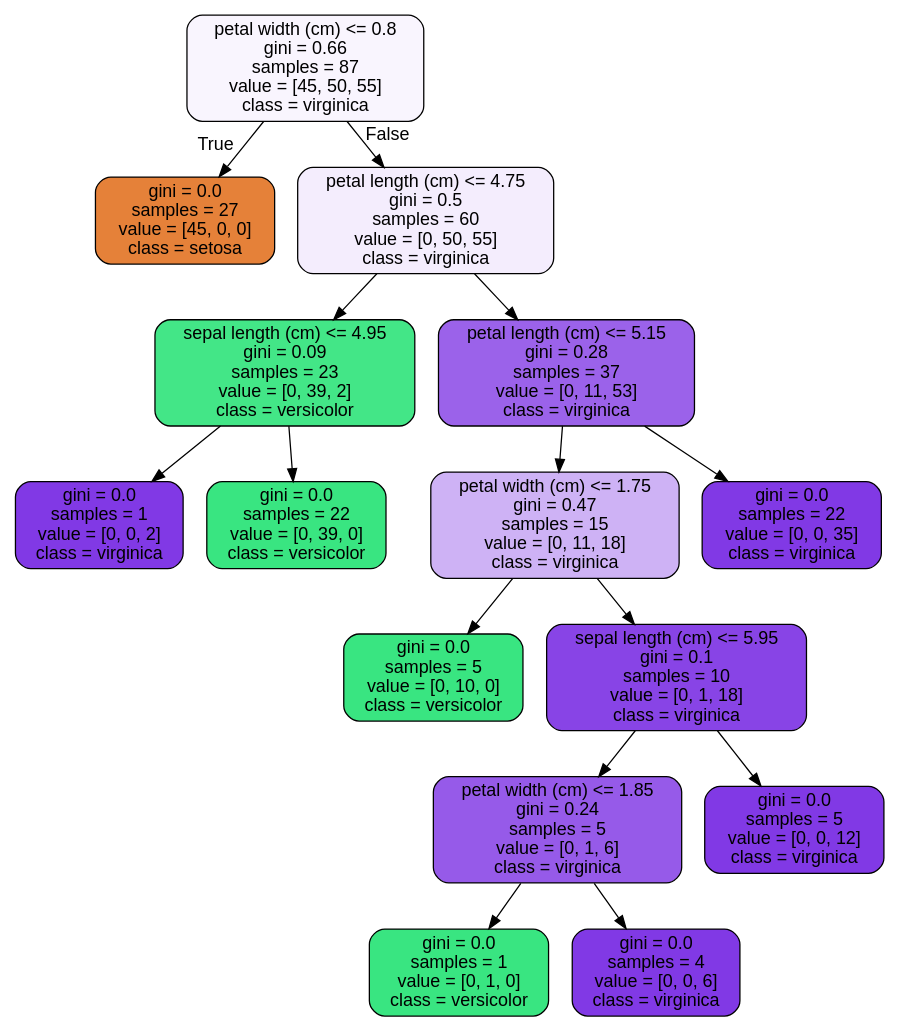
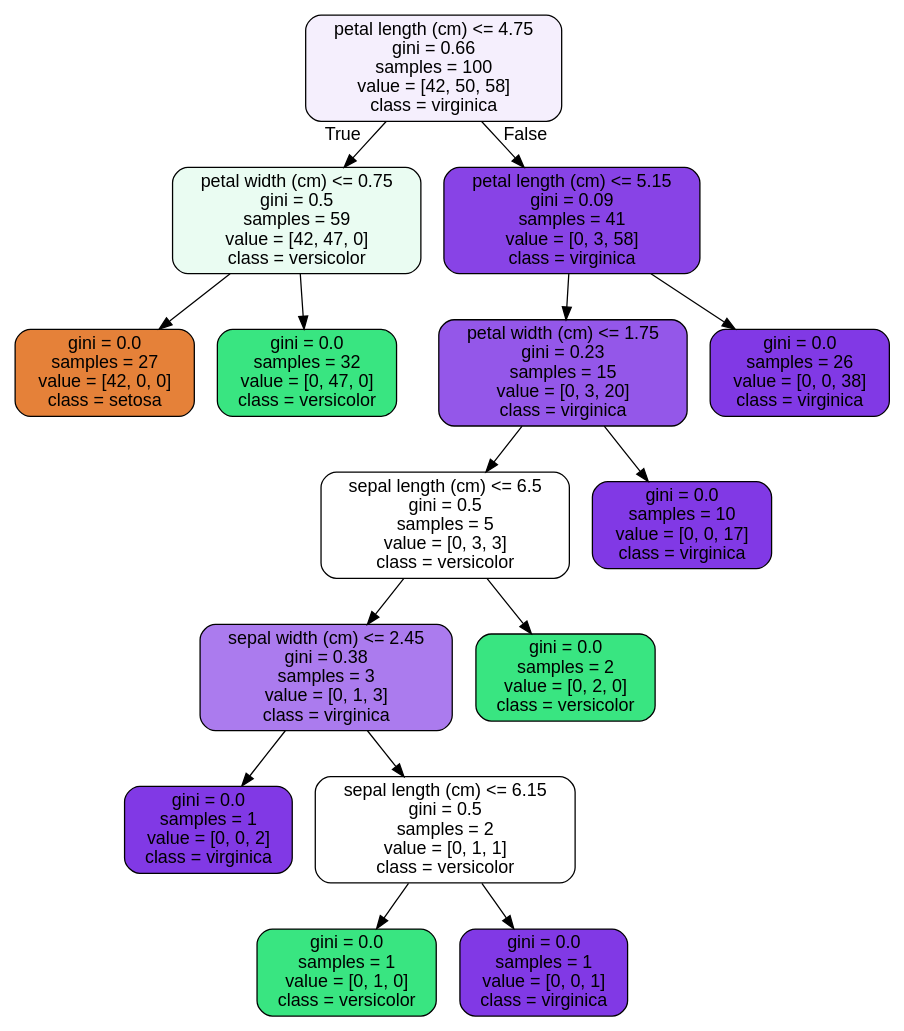
One commit to amoutafian/random_forest_case_study changed the diagram in tree.dot. Above: the diagram before and after it, drawn with Graphviz. The commit also changed 2 other files, not shown here.

```diff
--- a/tree.dot
+++ b/tree.dot
@@ -1,33 +1,33 @@
 digraph Tree {
 node [shape=box, style="filled, rounded", color="black", fontname="helvetica"] ;
 edge [fontname="helvetica"] ;
-0 [label="petal width (cm) <= 0.8\ngini = 0.66\nsamples = 87\nvalue = [45, 50, 55]\nclass = virginica", fillcolor="#f9f5fe"] ;
-1 [label="gini = 0.0\nsamples = 27\nvalue = [45, 0, 0]\nclass = setosa", fillcolor="#e58139"] ;
+0 [label="petal length (cm) <= 4.75\ngini = 0.66\nsamples = 100\nvalue = [42, 50, 58]\nclass = virginica", fillcolor="#f5effd"] ;
+1 [label="petal width (cm) <= 0.75\ngini = 0.5\nsamples = 59\nvalue = [42, 47, 0]\nclass = versicolor", fillcolor="#eafcf2"] ;
 0 -> 1 [labeldistance=2.5, labelangle=45, headlabel="True"] ;
-2 [label="petal length (cm) <= 4.75\ngini = 0.5\nsamples = 60\nvalue = [0, 50, 55]\nclass = virginica", fillcolor="#f4edfd"] ;
-0 -> 2 [labeldistance=2.5, labelangle=-45, headlabel="False"] ;
-3 [label="sepal length (cm) <= 4.95\ngini = 0.09\nsamples = 23\nvalue = [0, 39, 2]\nclass = versicolor", fillcolor="#43e687"] ;
-2 -> 3 ;
-4 [label="gini = 0.0\nsamples = 1\nvalue = [0, 0, 2]\nclass = virginica", fillcolor="#8139e5"] ;
-3 -> 4 ;
-5 [label="gini = 0.0\nsamples = 22\nvalue = [0, 39, 0]\nclass = versicolor", fillcolor="#39e581"] ;
-3 -> 5 ;
-6 [label="petal length (cm) <= 5.15\ngini = 0.28\nsamples = 37\nvalue = [0, 11, 53]\nclass = virginica", fillcolor="#9b62ea"] ;
-2 -> 6 ;
-7 [label="petal width (cm) <= 1.75\ngini = 0.47\nsamples = 15\nvalue = [0, 11, 18]\nclass = virginica", fillcolor="#ceb2f5"] ;
+2 [label="gini = 0.0\nsamples = 27\nvalue = [42, 0, 0]\nclass = setosa", fillcolor="#e58139"] ;
+1 -> 2 ;
+3 [label="gini = 0.0\nsamples = 32\nvalue = [0, 47, 0]\nclass = versicolor", fillcolor="#39e581"] ;
+1 -> 3 ;
+4 [label="petal length (cm) <= 5.15\ngini = 0.09\nsamples = 41\nvalue = [0, 3, 58]\nclass = virginica", fillcolor="#8843e6"] ;
+0 -> 4 [labeldistance=2.5, labelangle=-45, headlabel="False"] ;
+5 [label="petal width (cm) <= 1.75\ngini = 0.23\nsamples = 15\nvalue = [0, 3, 20]\nclass = virginica", fillcolor="#9457e9"] ;
+4 -> 5 ;
+6 [label="sepal length (cm) <= 6.5\ngini = 0.5\nsamples = 5\nvalue = [0, 3, 3]\nclass = versicolor", fillcolor="#ffffff"] ;
+5 -> 6 ;
+7 [label="sepal width (cm) <= 2.45\ngini = 0.38\nsamples = 3\nvalue = [0, 1, 3]\nclass = virginica", fillcolor="#ab7bee"] ;
 6 -> 7 ;
-8 [label="gini = 0.0\nsamples = 5\nvalue = [0, 10, 0]\nclass = versicolor", fillcolor="#39e581"] ;
+8 [label="gini = 0.0\nsamples = 1\nvalue = [0, 0, 2]\nclass = virginica", fillcolor="#8139e5"] ;
 7 -> 8 ;
-9 [label="sepal length (cm) <= 5.95\ngini = 0.1\nsamples = 10\nvalue = [0, 1, 18]\nclass = virginica", fillcolor="#8844e6"] ;
+9 [label="sepal length (cm) <= 6.15\ngini = 0.5\nsamples = 2\nvalue = [0, 1, 1]\nclass = versicolor", fillcolor="#ffffff"] ;
 7 -> 9 ;
-10 [label="petal width (cm) <= 1.85\ngini = 0.24\nsamples = 5\nvalue = [0, 1, 6]\nclass = virginica", fillcolor="#965ae9"] ;
+10 [label="gini = 0.0\nsamples = 1\nvalue = [0, 1, 0]\nclass = versicolor", fillcolor="#39e581"] ;
 9 -> 10 ;
-11 [label="gini = 0.0\nsamples = 1\nvalue = [0, 1, 0]\nclass = versicolor", fillcolor="#39e581"] ;
-10 -> 11 ;
-12 [label="gini = 0.0\nsamples = 4\nvalue = [0, 0, 6]\nclass = virginica", fillcolor="#8139e5"] ;
-10 -> 12 ;
-13 [label="gini = 0.0\nsamples = 5\nvalue = [0, 0, 12]\nclass = virginica", fillcolor="#8139e5"] ;
-9 -> 13 ;
-14 [label="gini = 0.0\nsamples = 22\nvalue = [0, 0, 35]\nclass = virginica", fillcolor="#8139e5"] ;
-6 -> 14 ;
+11 [label="gini = 0.0\nsamples = 1\nvalue = [0, 0, 1]\nclass = virginica", fillcolor="#8139e5"] ;
+9 -> 11 ;
+12 [label="gini = 0.0\nsamples = 2\nvalue = [0, 2, 0]\nclass = versicolor", fillcolor="#39e581"] ;
+6 -> 12 ;
+13 [label="gini = 0.0\nsamples = 10\nvalue = [0, 0, 17]\nclass = virginica", fillcolor="#8139e5"] ;
+5 -> 13 ;
+14 [label="gini = 0.0\nsamples = 26\nvalue = [0, 0, 38]\nclass = virginica", fillcolor="#8139e5"] ;
+4 -> 14 ;
 }
```
